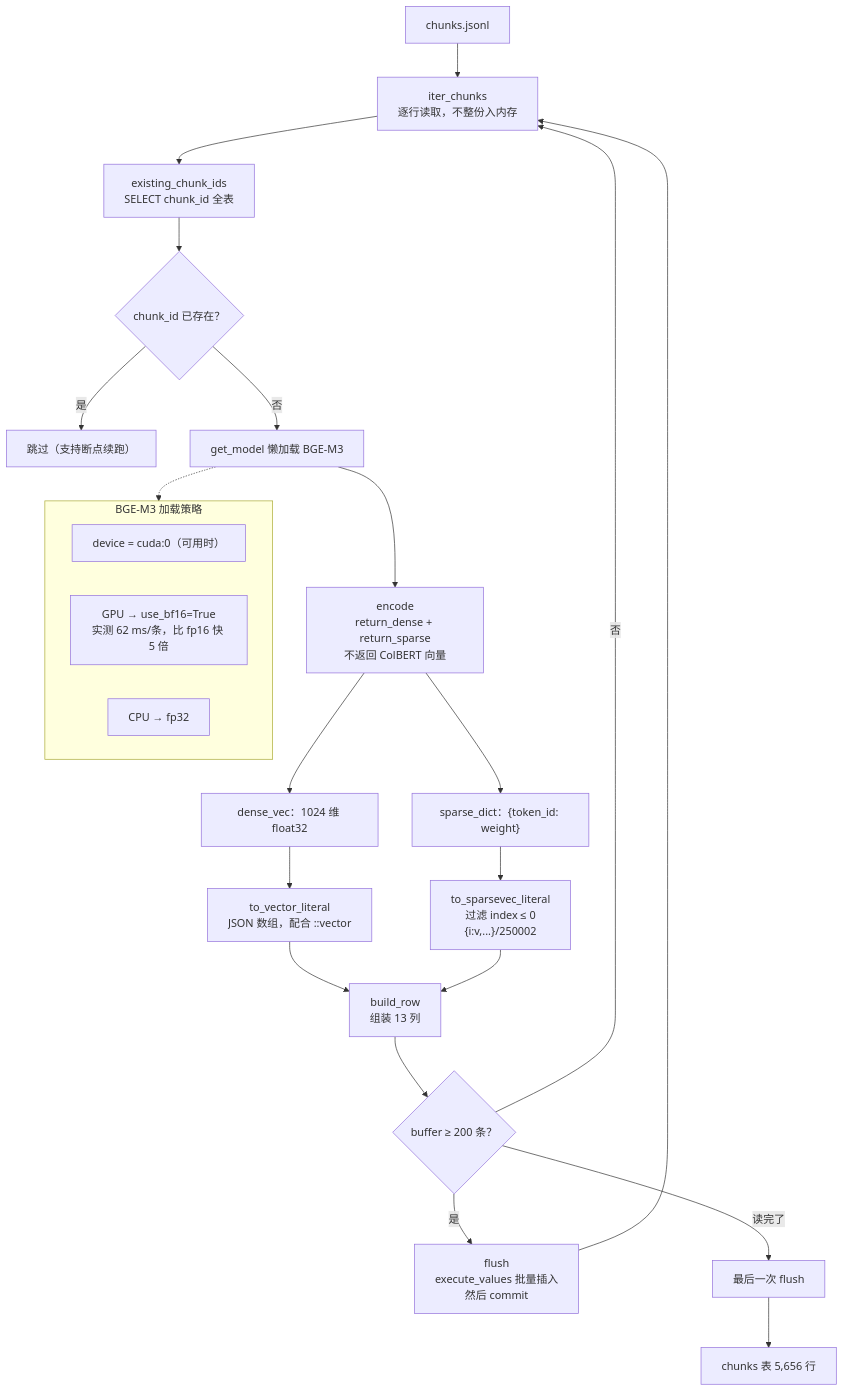
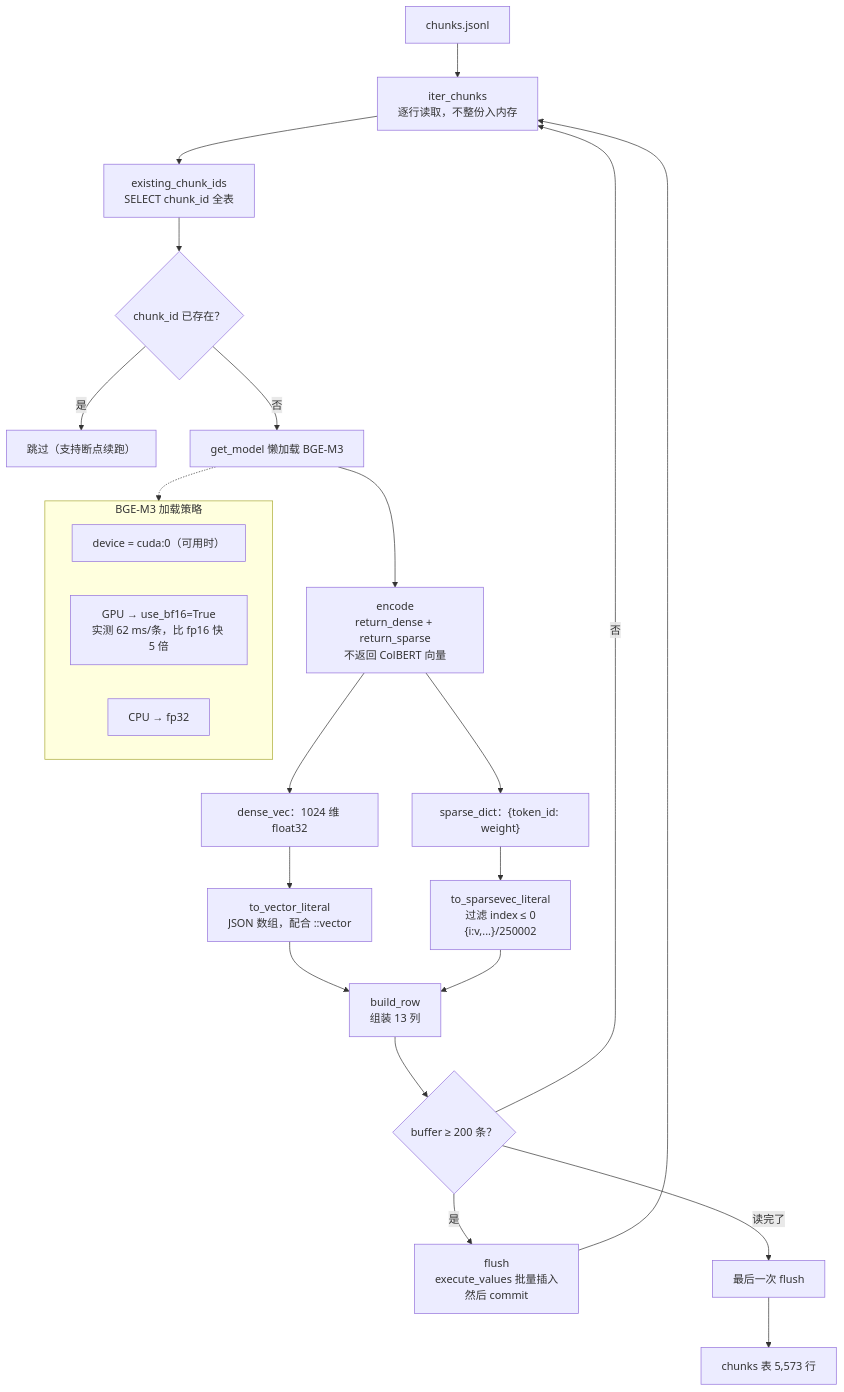
The fourth of 12 diagrams in backend/docs/执行流程.md (gyk1030/hybrid-rag-eval), drawn with Mermaid before and after one commit. The commit also changed other lines of this file and 3 other files, not shown here.

````diff
--- a/backend/docs/执行流程.md
+++ b/backend/docs/执行流程.md
@@ -136,31 +183,31 @@
 ```mermaid
 flowchart TD
     A["chunks.jsonl"] --> B["iter_chunks<br/>逐行读取，不整份入内存"]
     B --> C["existing_chunk_ids<br/>SELECT chunk_id 全表"]
     C --> D{"chunk_id 已存在？"}
     D -->|是| E["跳过（支持断点续跑）"]
     D -->|否| F["get_model 懒加载 BGE-M3"]
 
     subgraph MODEL["BGE-M3 加载策略"]
         F1["device = cuda:0（可用时）"]
         F2["GPU → use_bf16=True<br/>实测 62 ms/条，比 fp16 快 5 倍"]
         F3["CPU → fp32"]
     end
     F -.-> MODEL
 
     F --> G["encode<br/>return_dense + return_sparse<br/>不返回 ColBERT 向量"]
     G --> H["dense_vec：1024 维 float32"]
     G --> I["sparse_dict：{token_id: weight}"]
 
     H --> J["to_vector_literal<br/>JSON 数组，配合 ::vector"]
     I --> K["to_sparsevec_literal<br/>过滤 index ≤ 0<br/>{i:v,...}/250002"]
 
     J --> L["build_row<br/>组装 13 列"]
     K --> L
     L --> M{"buffer ≥ 200 条？"}
     M -->|否| B
     M -->|是| N["flush<br/>execute_values 批量插入<br/>然后 commit"]
     N --> B
     M -->|读完了| O["最后一次 flush"]
-    O --> P["chunks 表 5,656 行"]
+    O --> P["chunks 表 5,573 行"]
 ```
````
